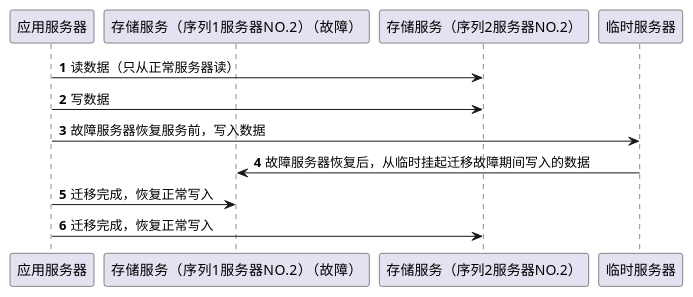
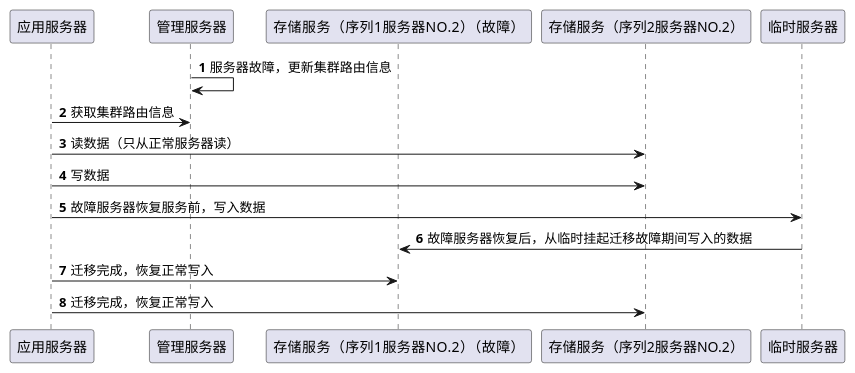
The diagram in week6-doris-sequence-model.md (ruccsbingo/geek-arch), drawn with PlantUML before and after one commit. The commit also changed other lines of this file, not shown here.

```diff
--- a/week6-doris-sequence-model.md
+++ b/week6-doris-sequence-model.md
@@ -1,13 +1,16 @@
 @startuml
 autonumber
 participant 应用服务器  as app 
+participant 管理服务器 as config
 participant "存储服务（序列1服务器NO.2）（故障）" as store1
 participant "存储服务（序列2服务器NO.2）" as store2
 participant 临时服务器 as tmp
+config -> config : 服务器故障，更新集群路由信息
+app -> config : 获取集群路由信息
 app -> store2 : 读数据（只从正常服务器读）
 app -> store2 : 写数据
 app -> tmp : 故障服务器恢复服务前，写入数据
 store1 <- tmp : 故障服务器恢复后，从临时挂起迁移故障期间写入的数据
 app -> store1 : 迁移完成，恢复正常写入 
 app -> store2 : 迁移完成，恢复正常写入 
 @enduml
```
